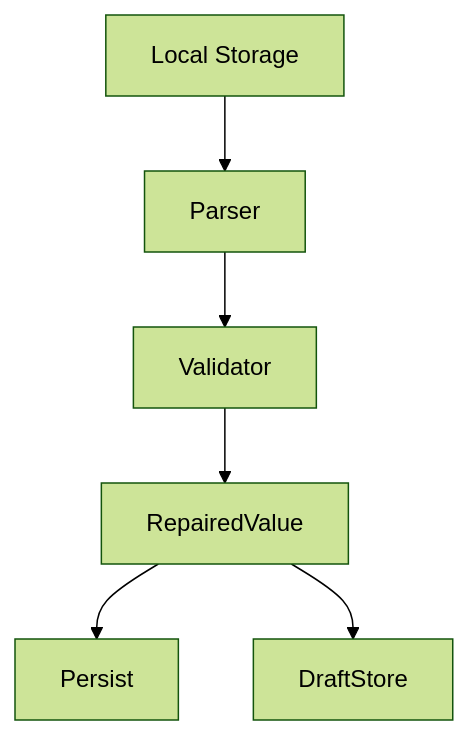
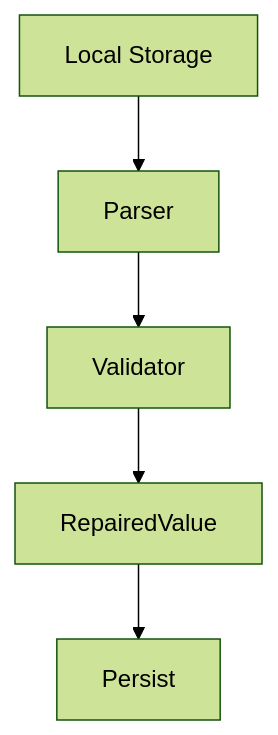
The second of 2 diagrams in .kiro/specs/frontend-settings-storage/design.md (l3tnun/EPGStation), drawn with Mermaid (forest theme) before and after one commit. The commit also changed other lines of this file and 29 other files, not shown here.

````diff
--- a/.kiro/specs/frontend-settings-storage/design.md
+++ b/.kiro/specs/frontend-settings-storage/design.md
@@ -123,8 +121,7 @@
 ```mermaid
 graph TB
     LocalStorage[Local Storage] --> Parser
     Parser --> Validator
     Validator --> RepairedValue
     RepairedValue --> Persist
-    RepairedValue --> DraftStore
 ```
````
